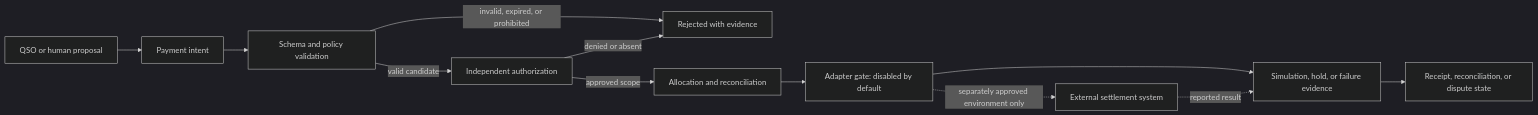
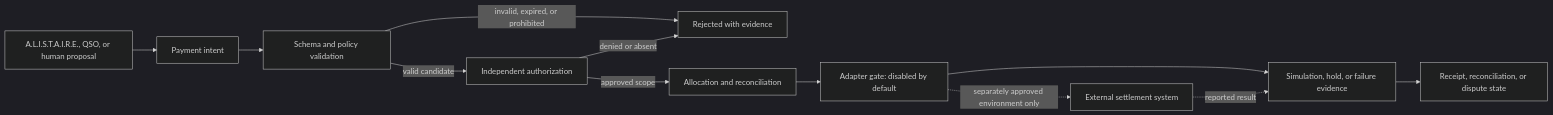
Before and after one commit to aevespers2/QSO-PAYMENTS: the diagram in docs/index.md, drawn with Mermaid (dark theme). The commit also changed other lines of this file, not shown here.

````diff
--- a/docs/index.md
+++ b/docs/index.md
@@ -12,14 +18,14 @@
 ```mermaid
 flowchart LR
-    Q[QSO or human proposal] --> I[Payment intent]
+    Q[A.L.I.S.T.A.I.R.E., QSO, or human proposal] --> I[Payment intent]
     I --> V[Schema and policy validation]
     V -->|invalid, expired, or prohibited| X[Rejected with evidence]
     V -->|valid candidate| A[Independent authorization]
     A -->|denied or absent| X
     A -->|approved scope| L[Allocation and reconciliation]
     L --> G[Adapter gate: disabled by default]
     G -. separately approved environment only .-> S[External settlement system]
     G --> E[Simulation, hold, or failure evidence]
     S -. reported result .-> E
     E --> D[Receipt, reconciliation, or dispute state]
 ```
````
